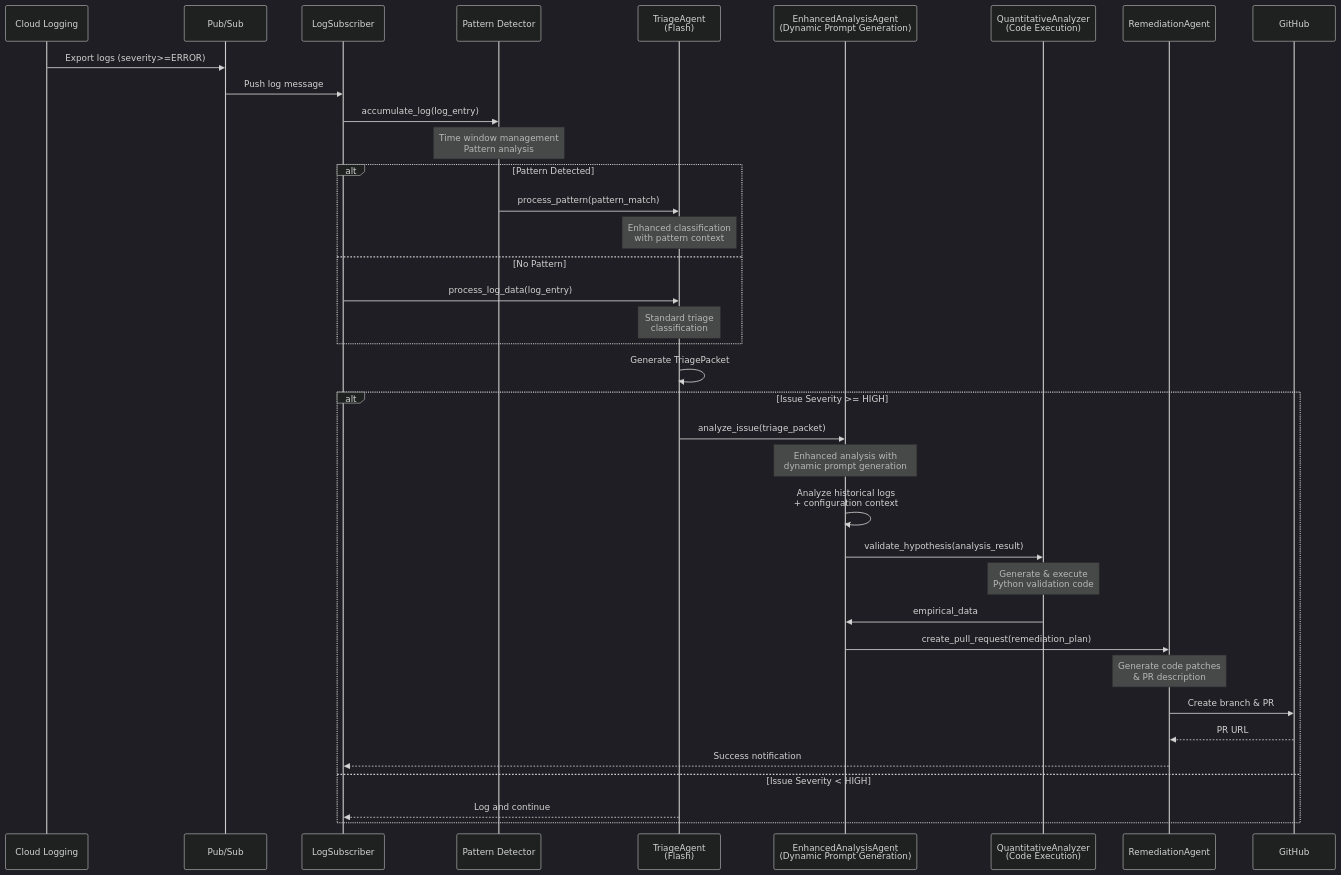
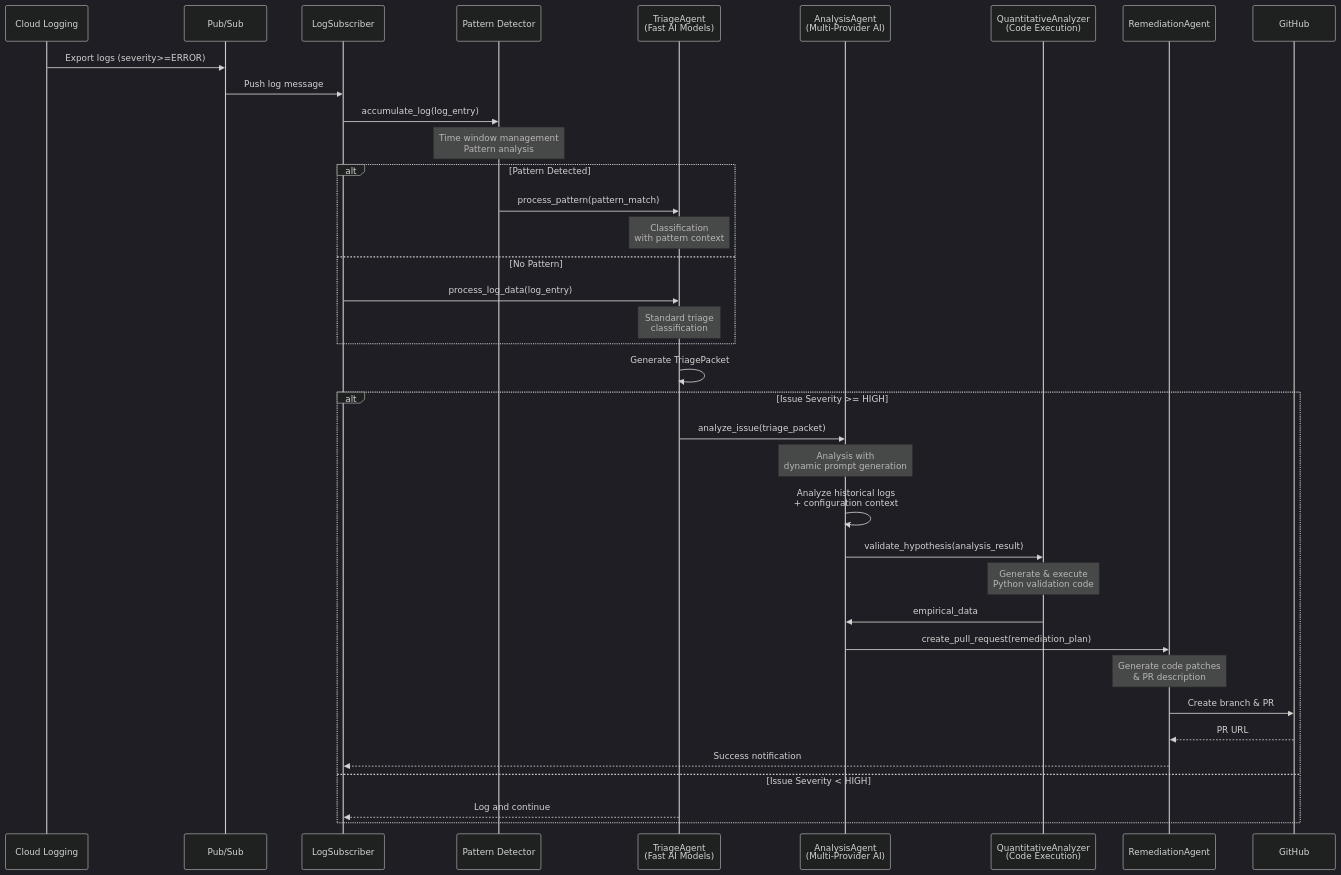
One commit to avivl/cloud-sre-agent changed the first of 2 diagrams in docs/ARCHITECTURE.md. Above: the diagram before and after it, drawn with Mermaid (dark theme). The commit also changed other lines of this file and 28 other files, not shown here.

````diff
--- a/docs/ARCHITECTURE.md
+++ b/docs/ARCHITECTURE.md
@@ -80,48 +80,48 @@
 ```mermaid
 sequenceDiagram
     participant CL as Cloud Logging
     participant PS as Pub/Sub
     participant LS as LogSubscriber
     participant PD as Pattern Detector
-    participant TA as TriageAgent<br/>(Flash)
-    participant AA as EnhancedAnalysisAgent<br/>(Dynamic Prompt Generation)
+    participant TA as TriageAgent<br/>(Fast AI Models)
+    participant AA as AnalysisAgent<br/>(Multi-Provider AI)
     participant QA as QuantitativeAnalyzer<br/>(Code Execution)
     participant RA as RemediationAgent
     participant GH as GitHub
 
     CL->>PS: Export logs (severity>=ERROR)
     PS->>LS: Push log message
     
     LS->>PD: accumulate_log(log_entry)
     Note over PD: Time window management<br/>Pattern analysis
     
     alt Pattern Detected
         PD->>TA: process_pattern(pattern_match)
-        Note over TA: Enhanced classification<br/>with pattern context
+        Note over TA: Classification<br/>with pattern context
     else No Pattern
         LS->>TA: process_log_data(log_entry)
         Note over TA: Standard triage<br/>classification
     end
     
     TA->>TA: Generate TriagePacket
     
     alt Issue Severity >= HIGH
         TA->>AA: analyze_issue(triage_packet)
         
-        Note over AA: Enhanced analysis with<br/>dynamic prompt generation
+        Note over AA: Analysis with<br/>dynamic prompt generation
         AA->>AA: Analyze historical logs<br/>+ configuration context
         
         AA->>QA: validate_hypothesis(analysis_result)
         Note over QA: Generate & execute<br/>Python validation code
         QA->>AA: empirical_data
         
         AA->>RA: create_pull_request(remediation_plan)
         Note over RA: Generate code patches<br/>& PR description
         RA->>GH: Create branch & PR
         GH-->>RA: PR URL
         
         RA-->>LS: Success notification
     else Issue Severity < HIGH
         TA-->>LS: Log and continue
     end
 ```
````
